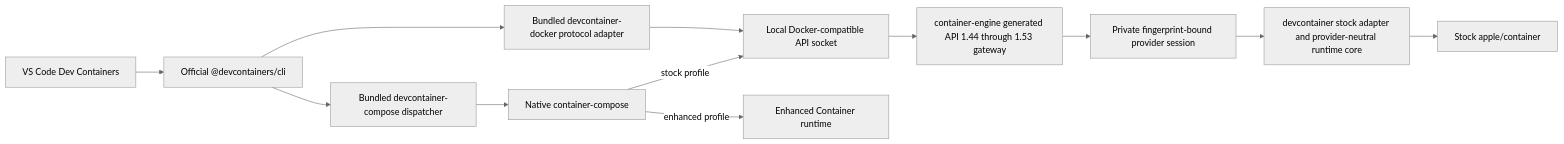
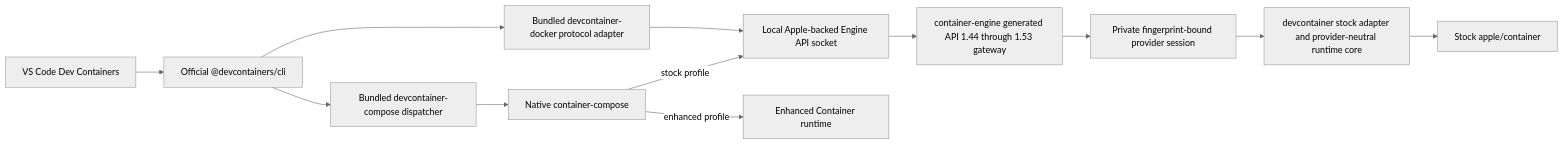
The diagram in README.md (stephenlclarke/devcontainer), drawn with Mermaid (neutral theme) before and after one commit. The commit also changed other lines of this file and 39 other files, not shown here.

````diff
--- a/README.md
+++ b/README.md
@@ -85,14 +106,14 @@
 ```mermaid
 flowchart LR
     VS["VS Code Dev Containers"] --> DC["Official @devcontainers/cli"]
     DC --> Adapter["Bundled devcontainer-docker protocol adapter"]
-    Adapter --> API["Local Docker-compatible API socket"]
+    Adapter --> API["Local Apple-backed Engine API socket"]
     API --> Shared["container-engine generated API 1.44 through 1.53 gateway"]
     Shared --> Session["Private fingerprint-bound provider session"]
     Session --> Core["devcontainer stock adapter and provider-neutral runtime core"]
     Core --> Stock["Stock apple/container"]
     DC --> ContainerCompose["Bundled devcontainer-compose dispatcher"]
     ContainerCompose --> NativeCompose["Native container-compose"]
     NativeCompose -->|stock profile| API
     NativeCompose -->|enhanced profile| Enhanced["Enhanced Container runtime"]
 ```
````
